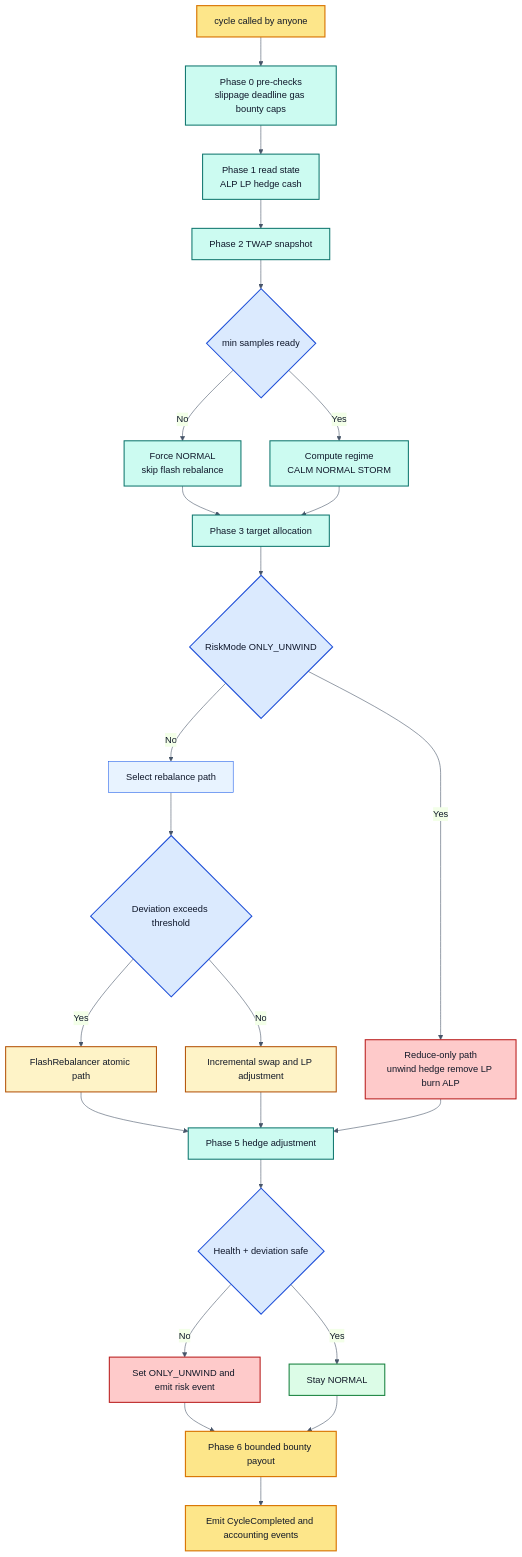
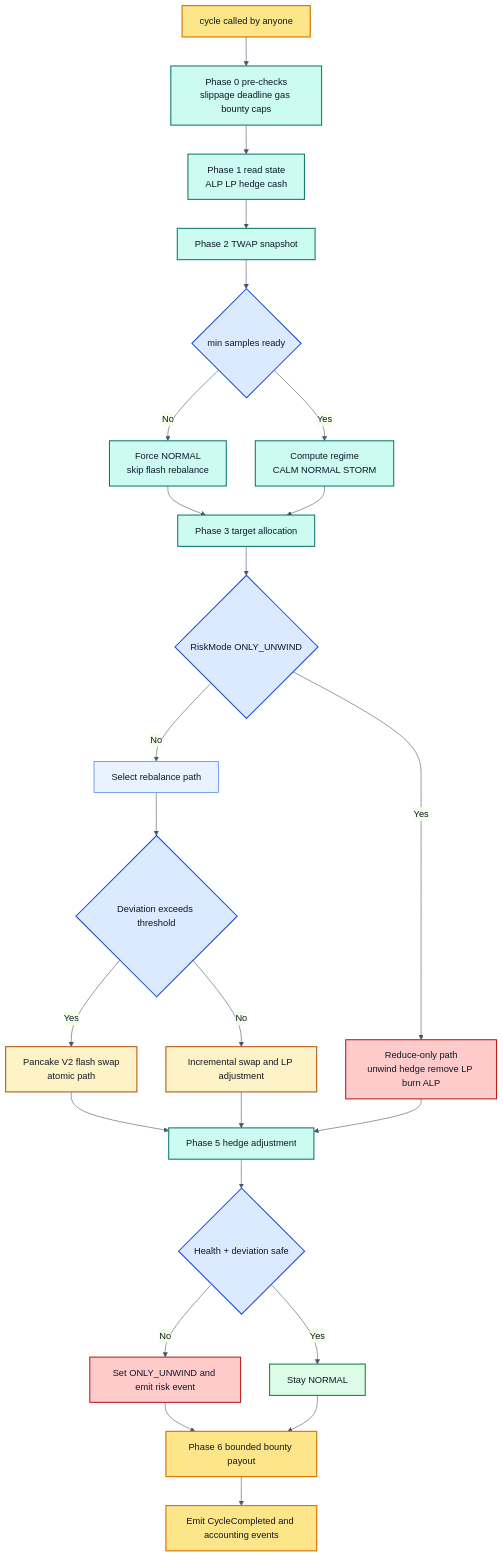
Before and after one commit to peter941221/Hackathon-Self-Driving-Yield: the diagram in README.md, drawn with Mermaid. The commit also changed other lines of this file and 13 other files, not shown here.

Commit message:
fix: make flash swap rebalance deployable

````diff
--- a/README.md
+++ b/README.md
@@ -108,41 +112,41 @@
 ```mermaid
 %%{init: {"theme":"base","themeVariables":{"fontFamily":"ui-monospace, SFMono-Regular, Menlo, Monaco, Consolas, monospace","lineColor":"#475569","primaryColor":"#e8f3ff","primaryBorderColor":"#2563eb","primaryTextColor":"#0f172a"}}}%%
 flowchart TD
   A[cycle called by anyone] --> B[Phase 0 pre-checks<br/>slippage deadline gas bounty caps]
   B --> C[Phase 1 read state<br/>ALP LP hedge cash]
   C --> D[Phase 2 TWAP snapshot]
   D --> E{min samples ready}
   E -->|No| F[Force NORMAL<br/>skip flash rebalance]
   E -->|Yes| G[Compute regime<br/>CALM NORMAL STORM]
   F --> H[Phase 3 target allocation]
   G --> H
   H --> I{RiskMode ONLY_UNWIND}
   I -->|Yes| J[Reduce-only path<br/>unwind hedge remove LP burn ALP]
   I -->|No| K[Select rebalance path]
   K --> L{Deviation exceeds threshold}
-  L -->|Yes| M[FlashRebalancer atomic path]
+  L -->|Yes| M[Pancake V2 flash swap<br/>atomic path]
   L -->|No| N[Incremental swap and LP adjustment]
   M --> O[Phase 5 hedge adjustment]
   N --> O
   J --> O
   O --> P{Health + deviation safe}
   P -->|No| Q[Set ONLY_UNWIND and emit risk event]
   P -->|Yes| R[Stay NORMAL]
   Q --> S[Phase 6 bounded bounty payout]
   R --> S
   S --> T[Emit CycleCompleted and accounting events]
 
   classDef start fill:#fde68a,stroke:#d97706,color:#111827,stroke-width:2px
   classDef compute fill:#ccfbf1,stroke:#0f766e,color:#0f172a,stroke-width:1.8px
   classDef decision fill:#dbeafe,stroke:#1d4ed8,color:#0f172a,stroke-width:1.8px
   classDef risk fill:#fecaca,stroke:#b91c1c,color:#111827,stroke-width:1.8px
   classDef rebalance fill:#fef3c7,stroke:#b45309,color:#111827,stroke-width:1.8px
   classDef stable fill:#dcfce7,stroke:#15803d,color:#111827,stroke-width:1.8px
 
   class A,S,T start
   class B,C,D,F,G,H,O compute
   class E,I,L,P decision
   class J,Q risk
   class M,N rebalance
   class R stable
 ```
````
